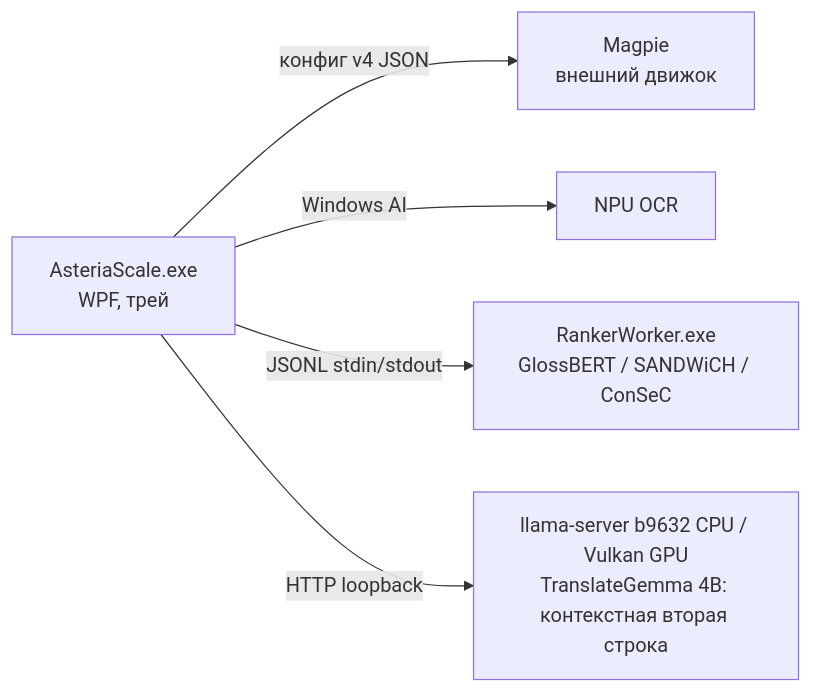
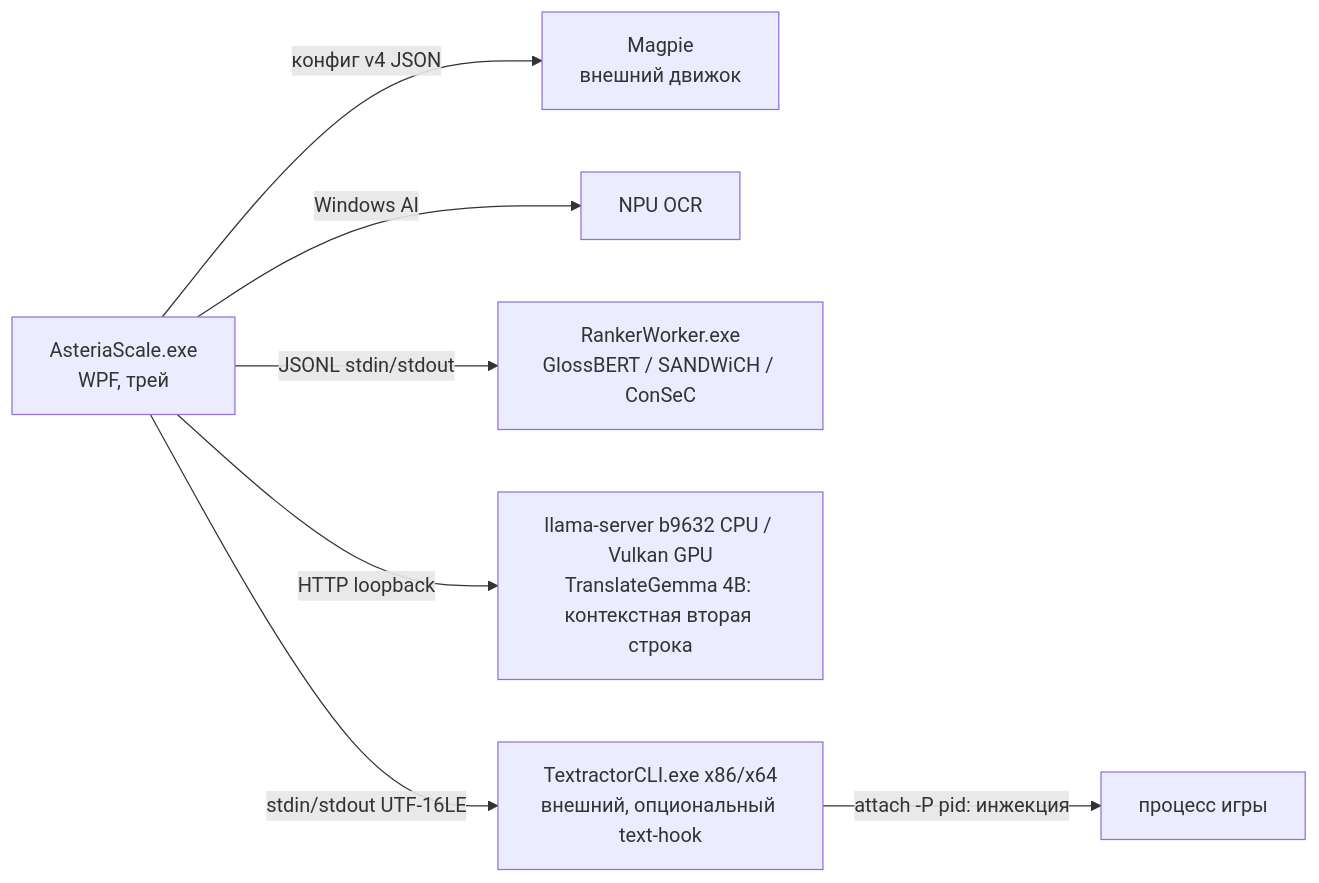
The diagram in docs/ARCHITECTURE.md (slava8519/AsteriaScale), drawn with Mermaid before and after one commit. The commit also changed other lines of this file and 20 other files, not shown here.

````diff
--- a/docs/ARCHITECTURE.md
+++ b/docs/ARCHITECTURE.md
@@ -20,7 +20,9 @@
 ```mermaid
 graph LR
     A[AsteriaScale.exe<br/>WPF, трей] -->|конфиг v4 JSON| M[Magpie<br/>внешний движок]
     A -->|Windows AI| OCR[NPU OCR]
     A -->|JSONL stdin/stdout| R[RankerWorker.exe<br/>GlossBERT / SANDWiCH / ConSeC]
     A -->|HTTP loopback| T[llama-server b9632 CPU / Vulkan GPU<br/>TranslateGemma 4B: контекстная вторая строка]
+    A -->|stdin/stdout UTF-16LE| X[TextractorCLI.exe x86/x64<br/>внешний, опциональный text-hook]
+    X -->|attach -P pid: инжекция| G[процесс игры]
 ```
````
